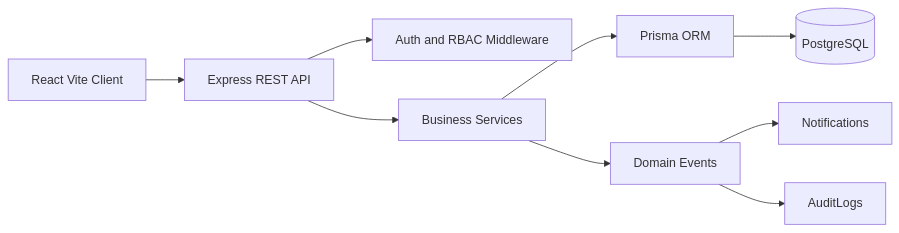
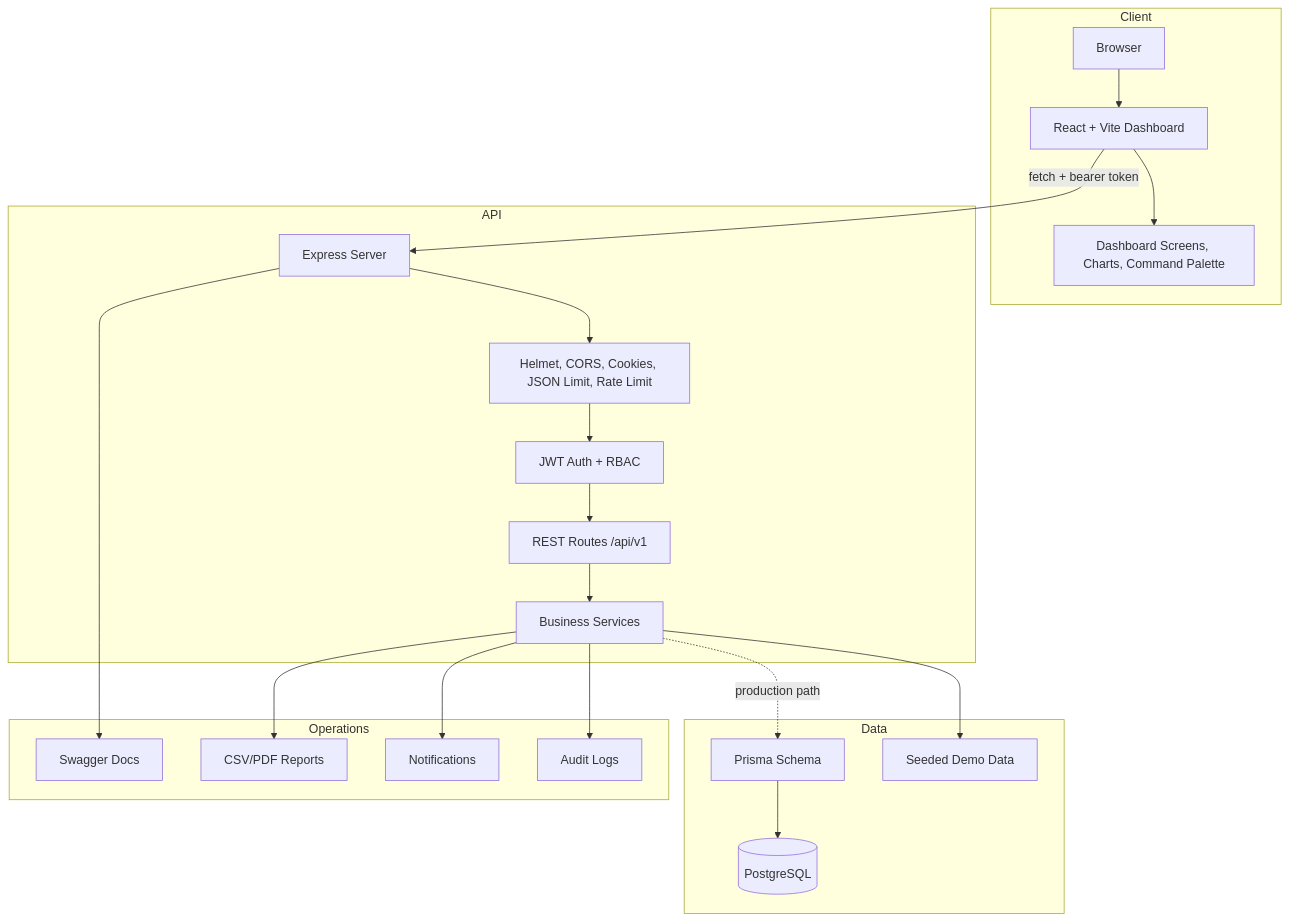
Before and after one commit to itmustbelikhitha/Hack4One: the first of 4 diagrams in docs/ARCHITECTURE.md, drawn with Mermaid. The commit also changed other lines of this file and 5 other files, not shown here.

````diff
--- a/docs/ARCHITECTURE.md
+++ b/docs/ARCHITECTURE.md
@@ -3,11 +7,44 @@
 ```mermaid
-flowchart LR
-  Web[React Vite Client] --> Api[Express REST API]
-  Api --> Auth[Auth and RBAC Middleware]
-  Api --> Services[Business Services]
-  Services --> Prisma[Prisma ORM]
-  Prisma --> Db[(PostgreSQL)]
-  Services --> Events[Domain Events]
-  Events --> Notifications
-  Events --> AuditLogs
+flowchart TB
+  subgraph Client
+    Browser[Browser]
+    Web[React + Vite Dashboard]
+    UI[Dashboard Screens, Charts, Command Palette]
+  end
+
+  subgraph API
+    Express[Express Server]
+    Middleware[Helmet, CORS, Cookies, JSON Limit, Rate Limit]
+    Auth[JWT Auth + RBAC]
+    Routes[REST Routes /api/v1]
+    Services[Business Services]
+  end
+
+  subgraph Data
+    DemoData[Seeded Demo Data]
+    Prisma[Prisma Schema]
+    Postgres[(PostgreSQL)]
+  end
+
+  subgraph Operations
+    Audit[Audit Logs]
+    Notifications[Notifications]
+    Reports[CSV/PDF Reports]
+    Docs[Swagger Docs]
+  end
+
+  Browser --> Web
+  Web --> UI
+  Web -->|fetch + bearer token| Express
+  Express --> Middleware
+  Middleware --> Auth
+  Auth --> Routes
+  Routes --> Services
+  Services --> DemoData
+  Services -. production path .-> Prisma
+  Prisma --> Postgres
+  Services --> Audit
+  Services --> Notifications
+  Services --> Reports
+  Express --> Docs
 ```
````
